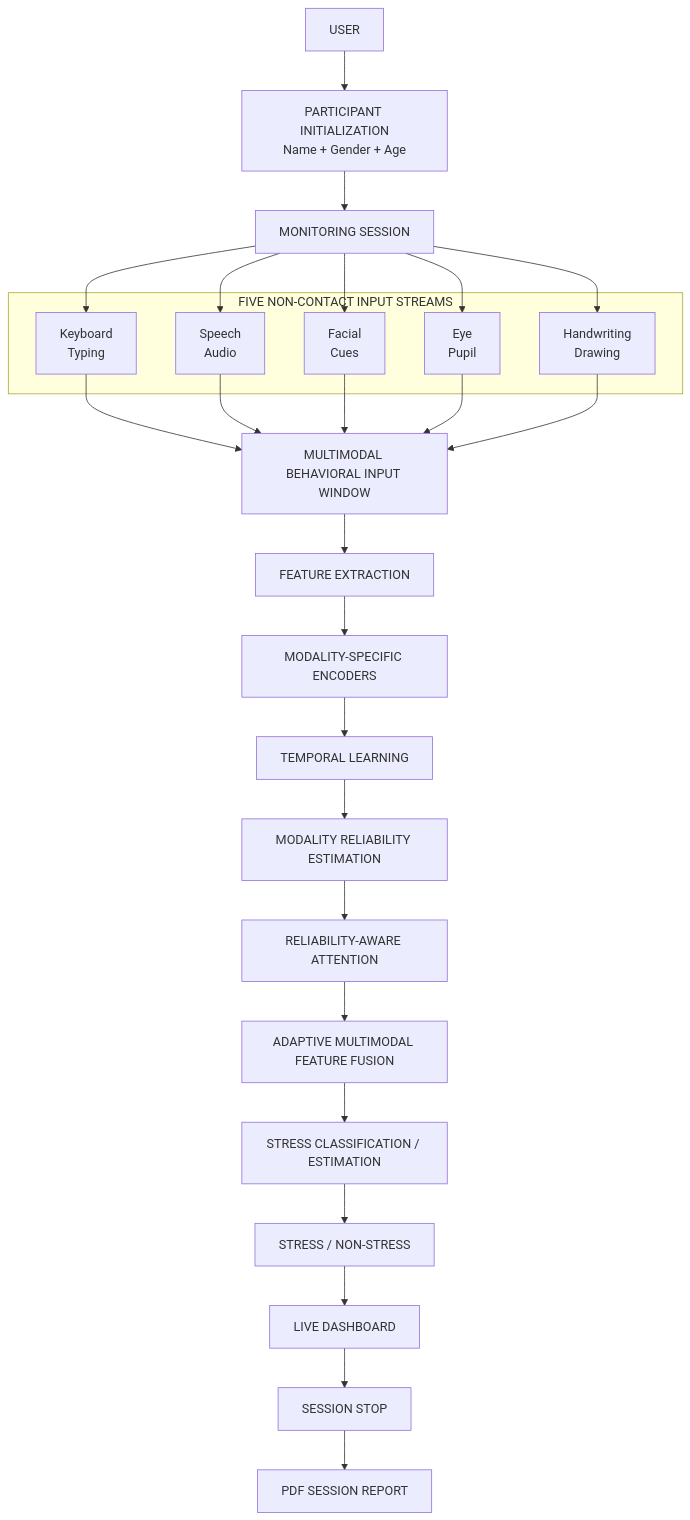
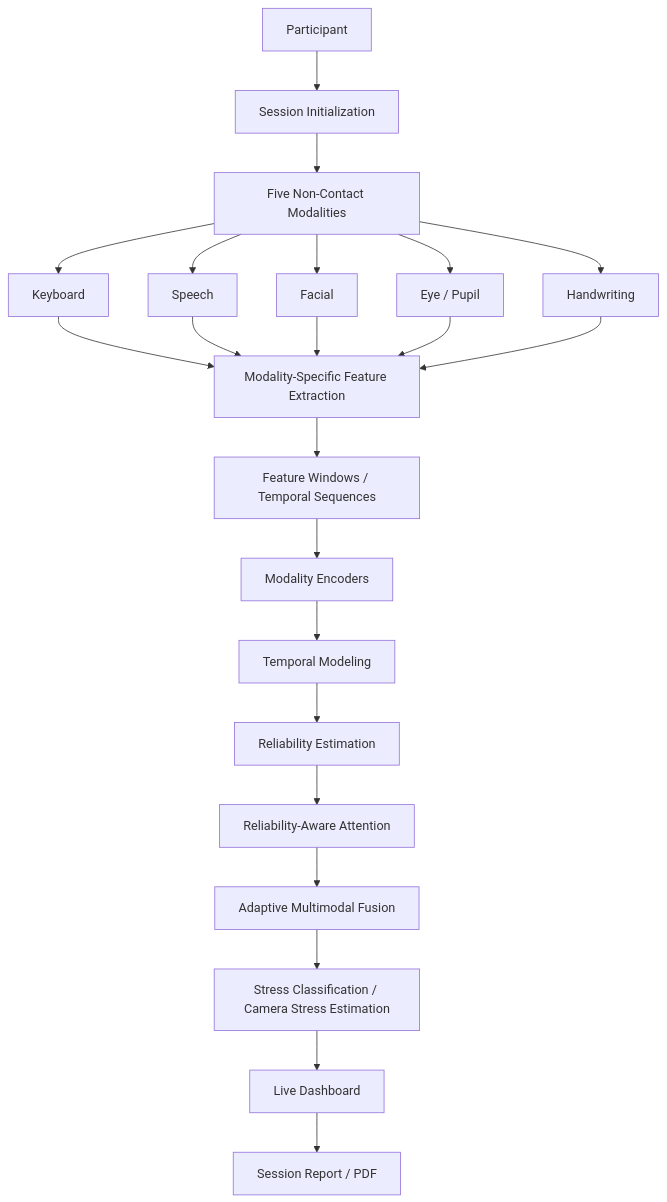
The first of 18 diagrams in README.md (Abilash77/Scalable-Non-Contact-Stress), drawn with Mermaid before and after one commit. The commit also changed other lines of this file, not shown here.

Commit message:
docs: strengthen research architecture documentation

````diff
--- a/README.md
+++ b/README.md
@@ -23,28 +23,23 @@
 ```mermaid
 flowchart TD
-    U[USER] --> PI[PARTICIPANT INITIALIZATION<br>Name + Gender + Age]
-    PI --> MS[MONITORING SESSION]
+    P[Participant] --> SI[Session Initialization]
     
-    subgraph FIVE NON-CONTACT INPUT STREAMS
-        K[Keyboard<br>Typing]
-        S[Speech<br>Audio]
-        F[Facial<br>Cues]
-        E[Eye<br>Pupil]
-        H[Handwriting<br>Drawing]
-    end
+    SI --> MODS[Five Non-Contact Modalities]
     
-    MS --> K & S & F & E & H
+    MODS --> K[Keyboard]
+    MODS --> S[Speech]
+    MODS --> F[Facial]
+    MODS --> E[Eye / Pupil]
+    MODS --> H[Handwriting]
     
-    K & S & F & E & H --> MBI[MULTIMODAL BEHAVIORAL INPUT WINDOW]
-    MBI --> FE[FEATURE EXTRACTION]
-    FE --> MSE[MODALITY-SPECIFIC ENCODERS]
-    MSE --> TL[TEMPORAL LEARNING]
-    TL --> MRE[MODALITY RELIABILITY ESTIMATION]
-    MRE --> RAA[RELIABILITY-AWARE ATTENTION]
-    RAA --> AMFF[ADAPTIVE MULTIMODAL FEATURE FUSION]
-    AMFF --> SC[STRESS CLASSIFICATION / ESTIMATION]
-    SC --> SNS[STRESS / NON-STRESS]
-    SNS --> LD[LIVE DASHBOARD]
-    LD --> SS[SESSION STOP]
-    SS --> PSR[PDF SESSION REPORT]
+    K & S & F & E & H --> MFE[Modality-Specific Feature Extraction]
+    MFE --> FW[Feature Windows / Temporal Sequences]
+    FW --> ME[Modality Encoders]
+    ME --> TM[Temporal Modeling]
+    TM --> RE[Reliability Estimation]
+    RE --> RAA[Reliability-Aware Attention]
+    RAA --> AMF[Adaptive Multimodal Fusion]
+    AMF --> SC[Stress Classification / Camera Stress Estimation]
+    SC --> LD[Live Dashboard]
+    LD --> SR[Session Report / PDF]
 ```
````
